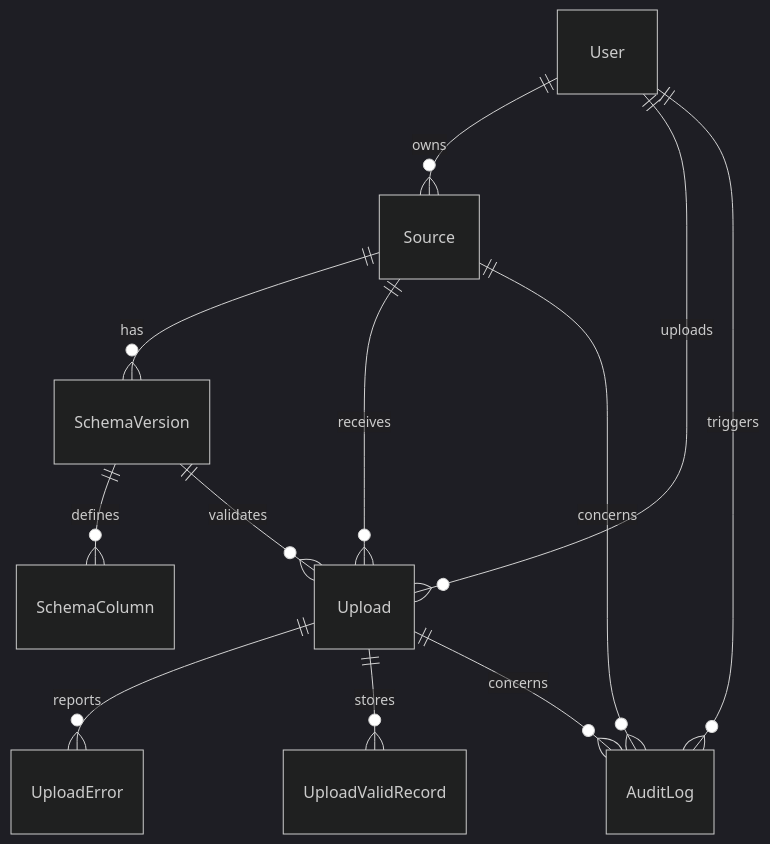
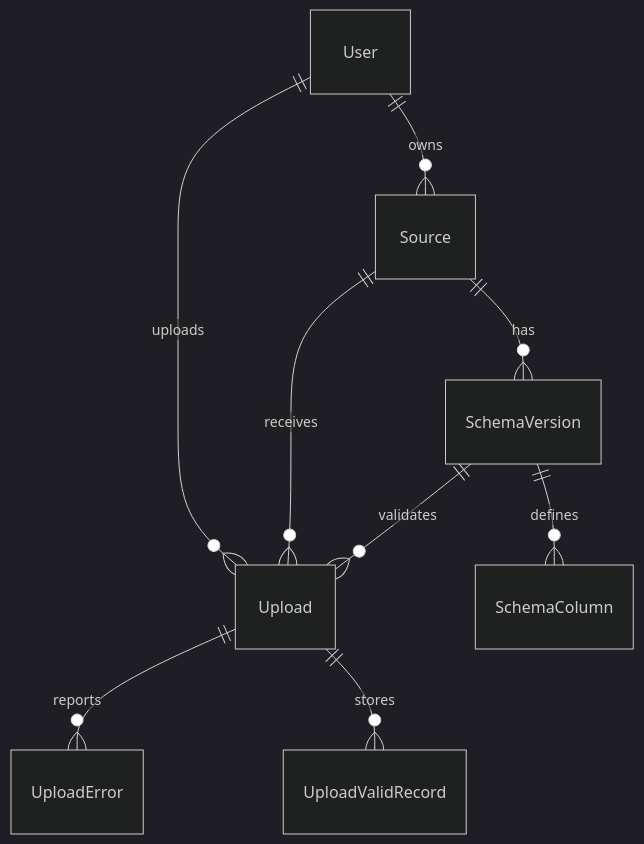
Before and after one commit to kyni225/Dataflow_CI: the second of 2 diagrams in DESIGN.md, drawn with Mermaid (dark theme). The commit also changed other lines of this file and 4 other files, not shown here.

````diff
--- a/DESIGN.md
+++ b/DESIGN.md
@@ -69,14 +49,11 @@
 ```mermaid
 erDiagram
-  User ||--o{ Source : owns
-  User ||--o{ Upload : uploads
-  Source ||--o{ SchemaVersion : has
-  SchemaVersion ||--o{ SchemaColumn : defines
-  Source ||--o{ Upload : receives
-  SchemaVersion ||--o{ Upload : validates
-  Upload ||--o{ UploadError : reports
-  Upload ||--o{ UploadValidRecord : stores
-  User ||--o{ AuditLog : triggers
-  Source ||--o{ AuditLog : concerns
-  Upload ||--o{ AuditLog : concerns
+    User ||--o{ Source : owns
+    User ||--o{ Upload : uploads
+    Source ||--o{ SchemaVersion : has
+    SchemaVersion ||--o{ SchemaColumn : defines
+    Source ||--o{ Upload : receives
+    SchemaVersion ||--o{ Upload : validates
+    Upload ||--o{ UploadError : reports
+    Upload ||--o{ UploadValidRecord : stores
 ```
````
